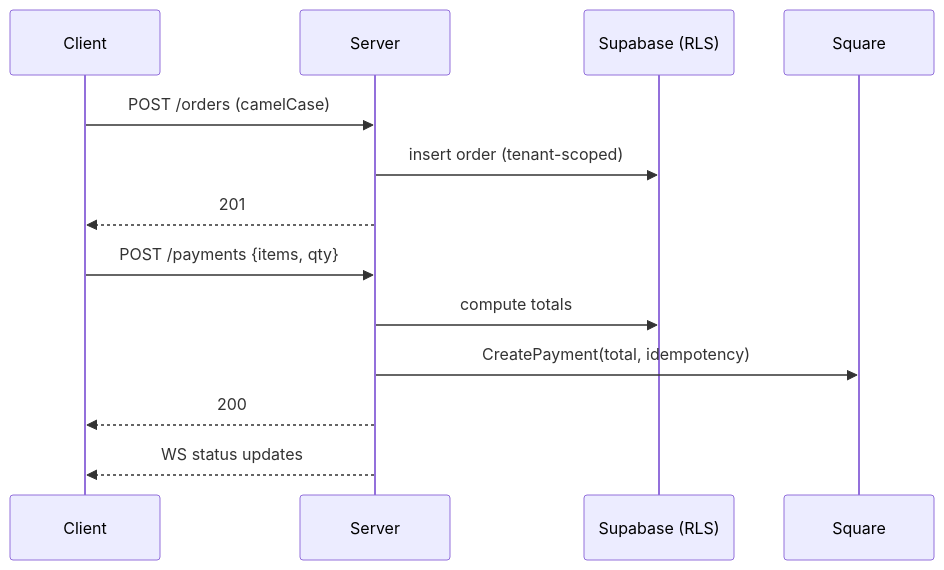
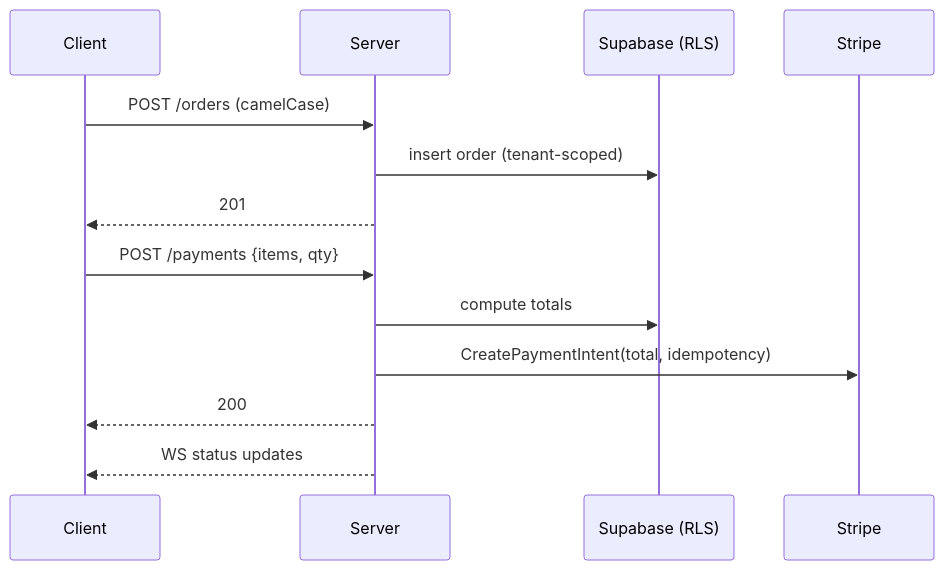
Before and after one commit to mikeyoung304/July25: the second of 2 diagrams in docs/explanation/architecture/ARCHITECTURE.md, drawn with Mermaid. The commit also changed other lines of this file and 107 other files, not shown here.

First line of the commit message:
docs: migrate Square references to Stripe across codebase

````diff
--- a/docs/explanation/architecture/ARCHITECTURE.md
+++ b/docs/explanation/architecture/ARCHITECTURE.md
@@ -51,15 +51,15 @@
 ```mermaid
 sequenceDiagram
   participant C as Client
   participant S as Server
   participant DB as Supabase (RLS)
-  participant SQ as Square
+  participant ST as Stripe
   C->>S: POST /orders (camelCase)
   S->>DB: insert order (tenant-scoped)
   S-->>C: 201
   C->>S: POST /payments {items, qty}  # no client totals
   S->>DB: compute totals
-  S->>SQ: CreatePayment(total, idempotency)
+  S->>ST: CreatePaymentIntent(total, idempotency)
   S-->>C: 200
   S-->>C: WS status updates
 ```
````
